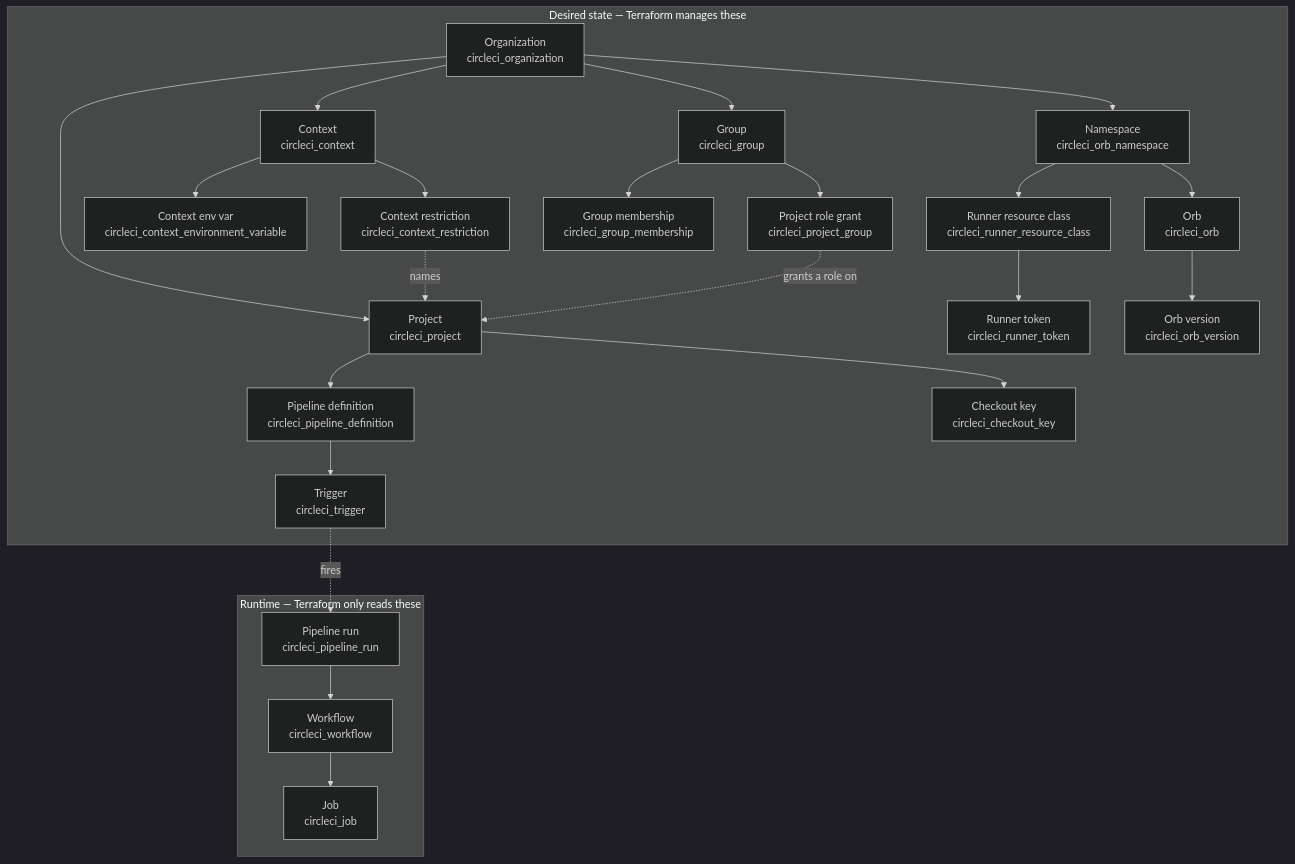
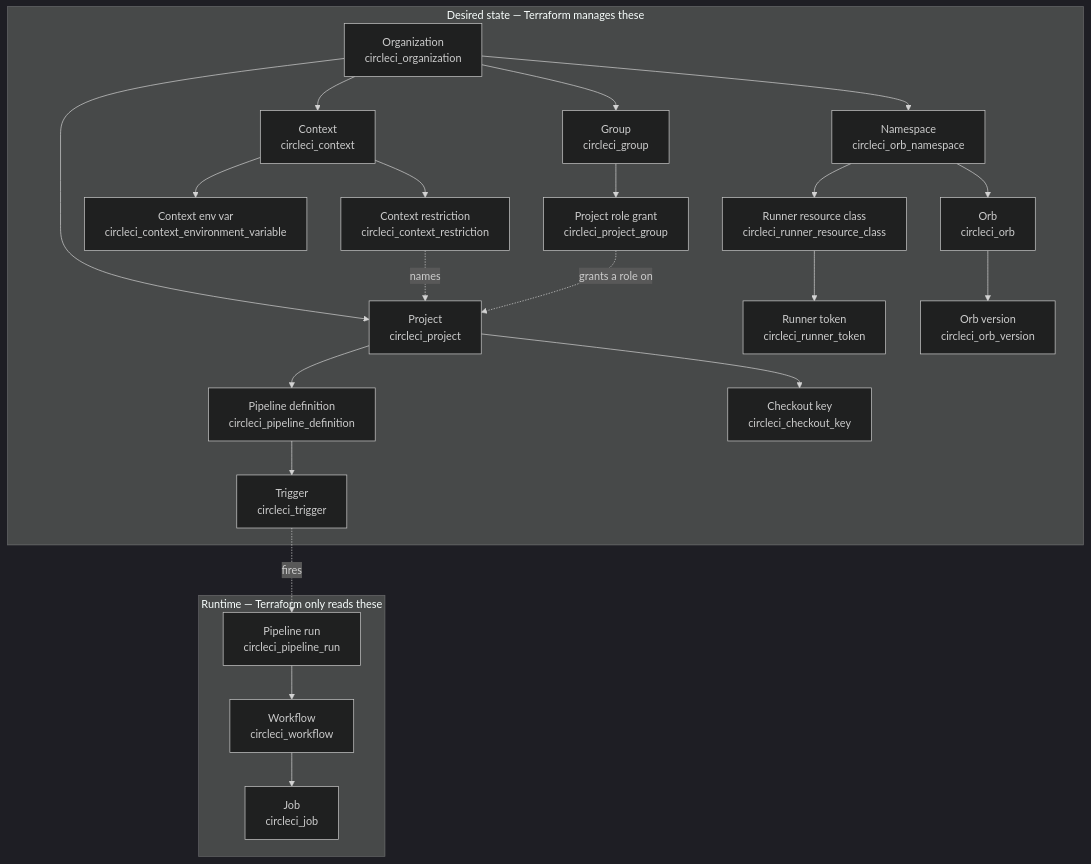
Before and after one commit to CircleCI-Labs/terraform-provider-circleci: the diagram in docs/guides/object-model.md, drawn with Mermaid (dark theme). The commit also changed other lines of this file and 416 other files, not shown here.

````diff
--- a/docs/guides/object-model.md
+++ b/docs/guides/object-model.md
@@ -58,50 +58,48 @@
 ```mermaid
 flowchart TD
   subgraph managed["Desired state — Terraform manages these"]
     org["Organization<br/>circleci_organization"]
     proj["Project<br/>circleci_project"]
     def["Pipeline definition<br/>circleci_pipeline_definition"]
     trig["Trigger<br/>circleci_trigger"]
     ctx["Context<br/>circleci_context"]
     ctxvar["Context env var<br/>circleci_context_environment_variable"]
     ctxres["Context restriction<br/>circleci_context_restriction"]
     grp["Group<br/>circleci_group"]
-    mem["Group membership<br/>circleci_group_membership"]
     pgrp["Project role grant<br/>circleci_project_group"]
     ckey["Checkout key<br/>circleci_checkout_key"]
     ns["Namespace<br/>circleci_orb_namespace"]
     rc["Runner resource class<br/>circleci_runner_resource_class"]
     tok["Runner token<br/>circleci_runner_token"]
     orb["Orb<br/>circleci_orb"]
     ver["Orb version<br/>circleci_orb_version"]
   end
 
   subgraph runtime["Runtime — Terraform only reads these"]
     run["Pipeline run<br/>circleci_pipeline_run"]
     wf["Workflow<br/>circleci_workflow"]
     job["Job<br/>circleci_job"]
   end
 
   org --> proj
   org --> ctx
   org --> grp
   org --> ns
   proj --> def
   proj --> ckey
   def --> trig
   ctx --> ctxvar
   ctx --> ctxres
-  grp --> mem
   grp --> pgrp
   ns --> rc
   rc --> tok
   ns --> orb
   orb --> ver
 
   trig -. fires .-> run
   run --> wf
   wf --> job
 
   ctxres -. names .-> proj
   pgrp -. grants a role on .-> proj
 ```
````
